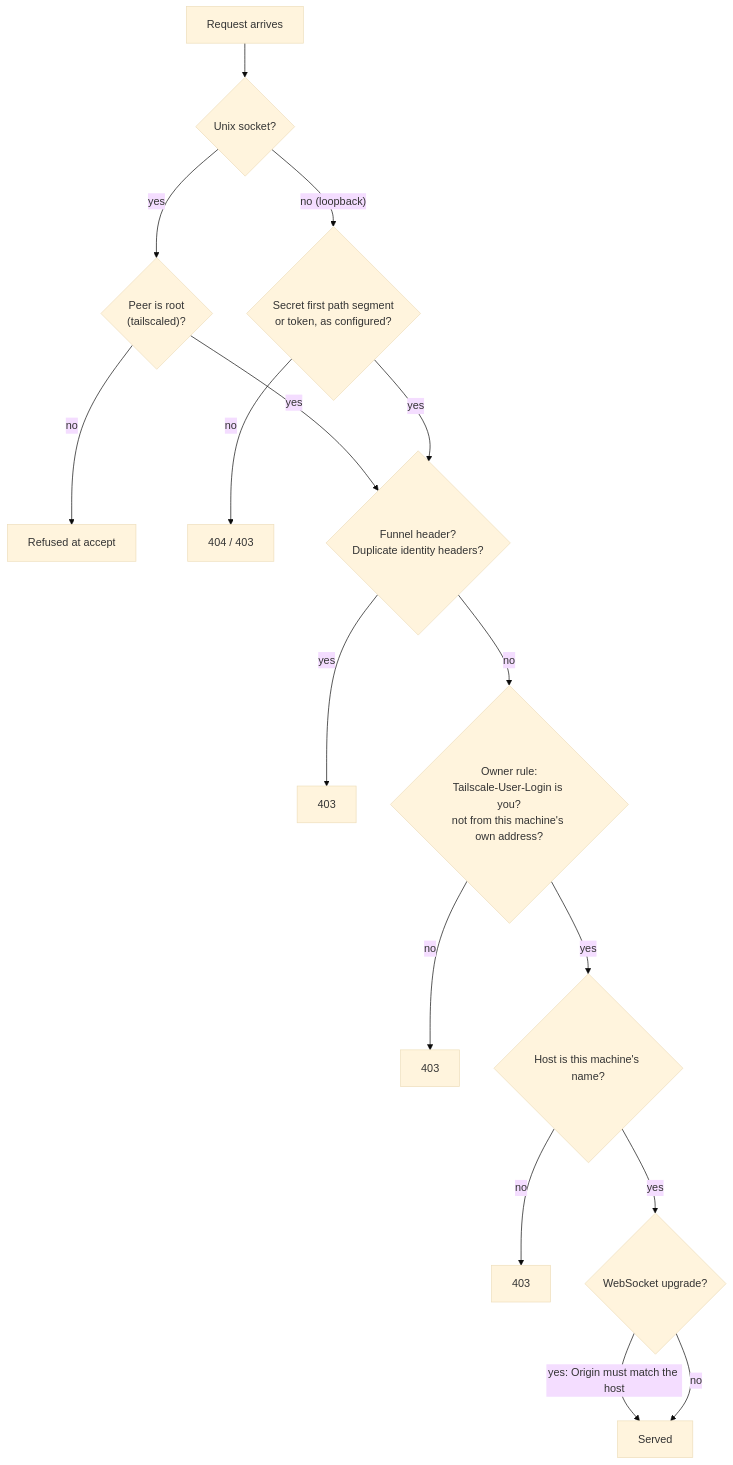
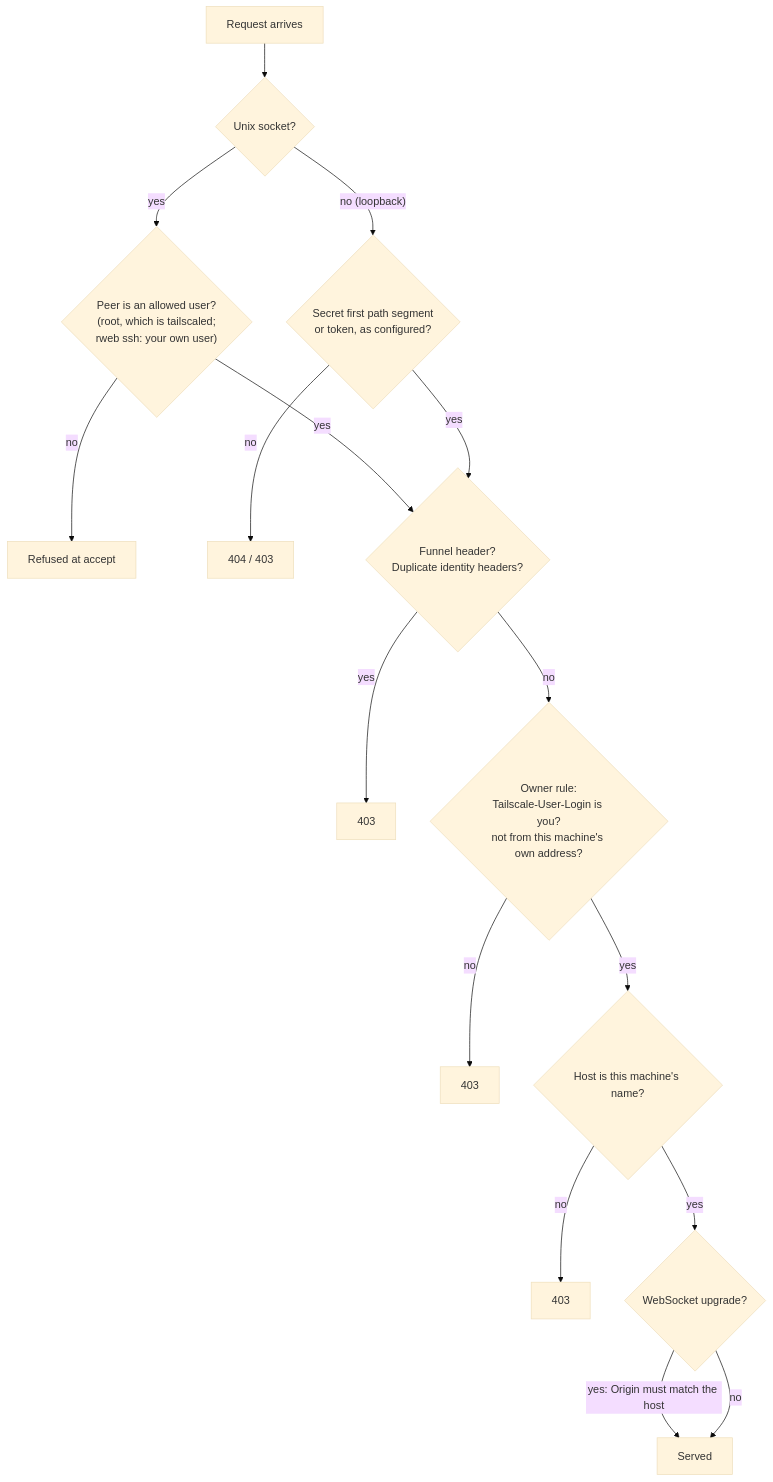
The third of 5 diagrams in docs/architecture.md (lexlapax/rweb), drawn with Mermaid (base theme) before and after one commit. The commit also changed other lines of this file and 31 other files, not shown here.

````diff
--- a/docs/architecture.md
+++ b/docs/architecture.md
@@ -91,18 +94,18 @@
 ```mermaid
 flowchart TB
   A["Request arrives"] --> U{"Unix socket?"}
-  U -- yes --> PEER{"Peer is root<br/>(tailscaled)?"}
+  U -- yes --> PEER{"Peer is an allowed user?<br/>(root, which is tailscaled;<br/>rweb ssh: your own user)"}
   PEER -- no --> X1["Refused at accept"]
   U -- "no (loopback)" --> SEC{"Secret first path segment<br/>or token, as configured?"}
   SEC -- no --> X2["404 / 403"]
   PEER -- yes --> H
   SEC -- yes --> H{"Funnel header?<br/>Duplicate identity headers?"}
   H -- yes --> X3["403"]
   H -- no --> O{"Owner rule:<br/>Tailscale-User-Login is you?<br/>not from this machine's own address?"}
   O -- no --> X4["403"]
   O -- yes --> HOST{"Host is this machine's name?"}
   HOST -- no --> X5["403"]
   HOST -- yes --> WS{"WebSocket upgrade?"}
   WS -- "yes: Origin must match the host" --> OK["Served"]
   WS -- no --> OK
 ```
````
